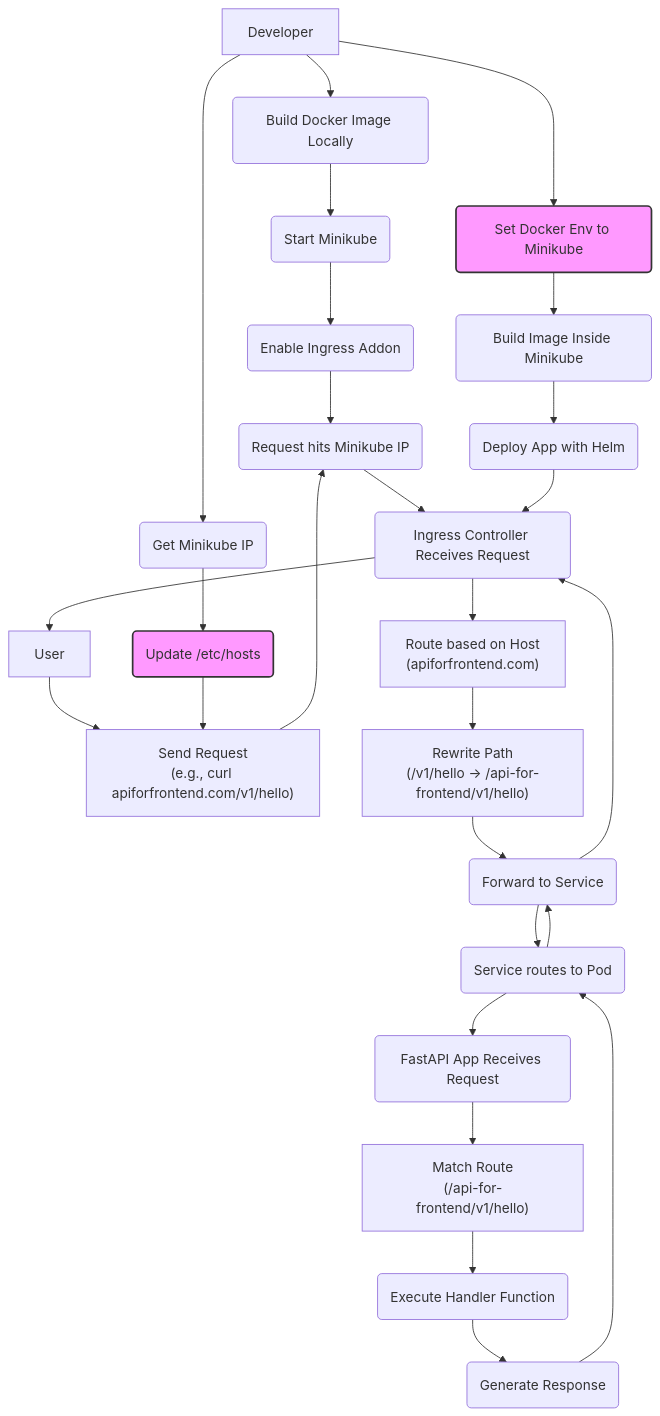
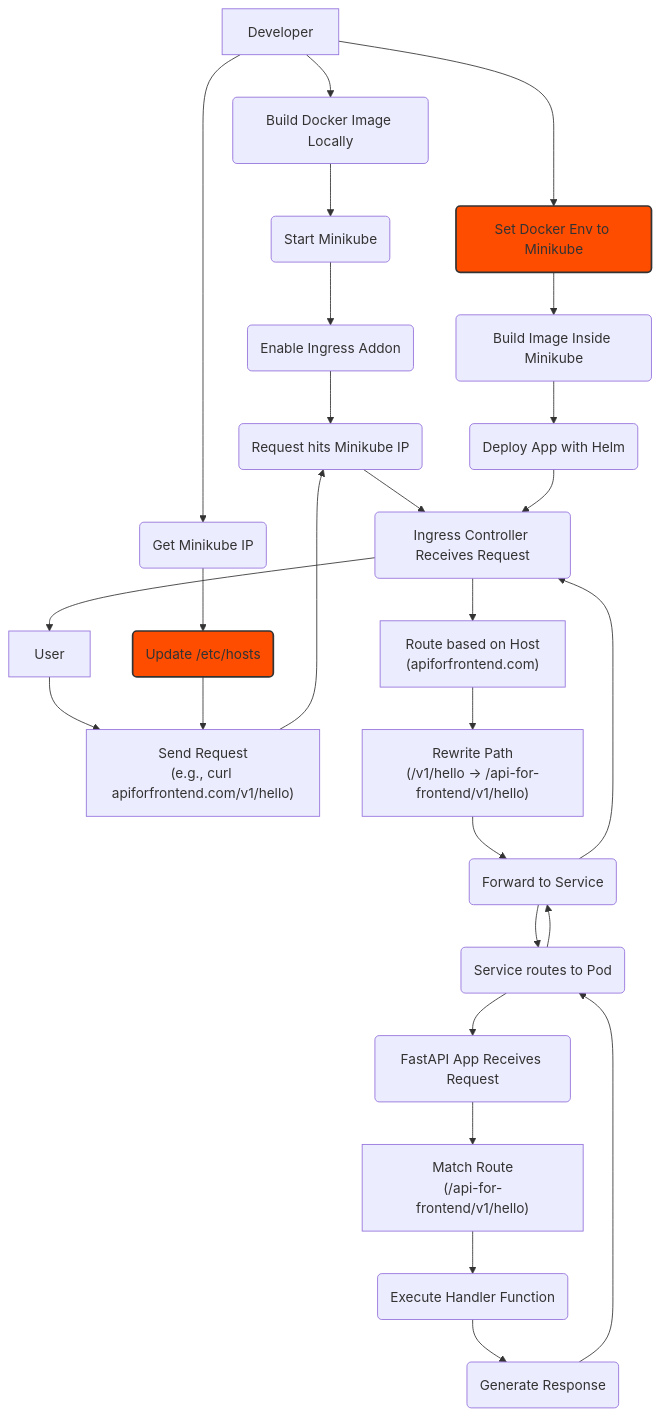
The first of 2 diagrams in README.md (rafahuelin/k8s-multiple-fastapi-routers), drawn with Mermaid before and after one commit.

Commit message:
change color

````diff
--- a/README.md
+++ b/README.md
@@ -11,32 +11,32 @@
 ```mermaid
 graph TD
     A[Developer] --> B(Build Docker Image Locally);
     B --> C(Start Minikube);
     C --> D(Enable Ingress Addon);
     A --> E(Get Minikube IP);
     E --> F(Update /etc/hosts);
     A --> G(Set Docker Env to Minikube);
     G --> H(Build Image Inside Minikube);
     H --> I(Deploy App with Helm);
     J[User] --> K["Send Request<br>(e.g., curl apiforfrontend.com/v1/hello)"];
     F --> K;
     K --> L(Request hits Minikube IP);
     D --> L;
     L --> M(Ingress Controller Receives Request);
     I --> M;
     M --> N["Route based on Host<br>(apiforfrontend.com)"];
     N --> O["Rewrite Path<br>(/v1/hello -> /api-for-frontend/v1/hello)"];
     O --> P(Forward to Service);
     P --> Q(Service routes to Pod);
     Q --> R(FastAPI App Receives Request);
     R --> S["Match Route<br>(/api-for-frontend/v1/hello)"];
     S --> T(Execute Handler Function);
     T --> U(Generate Response);
     U --> Q;
     Q --> P;
     P --> M;
     M --> J;
 
-    style F fill:#f9f,stroke:#333,stroke-width:2px
-    style G fill:#f9f,stroke:#333,stroke-width:2px
+    style F fill:#ff4d00,stroke:#333,stroke-width:2px
+    style G fill:#ff4d00,stroke:#333,stroke-width:2px
 ```
````
